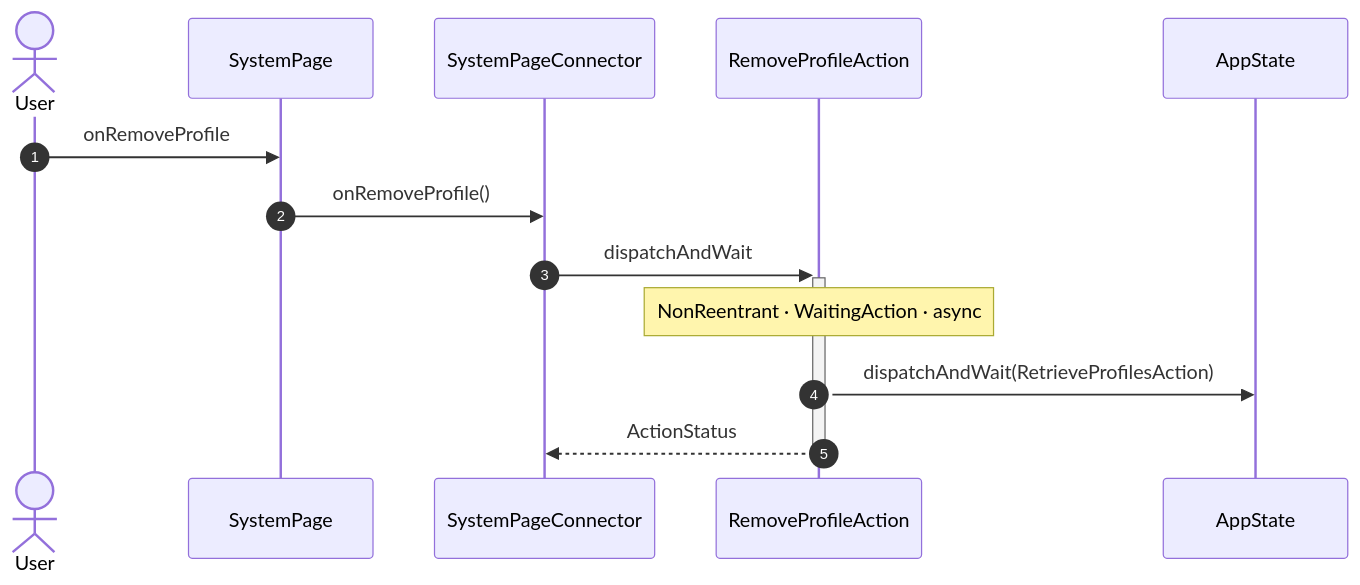
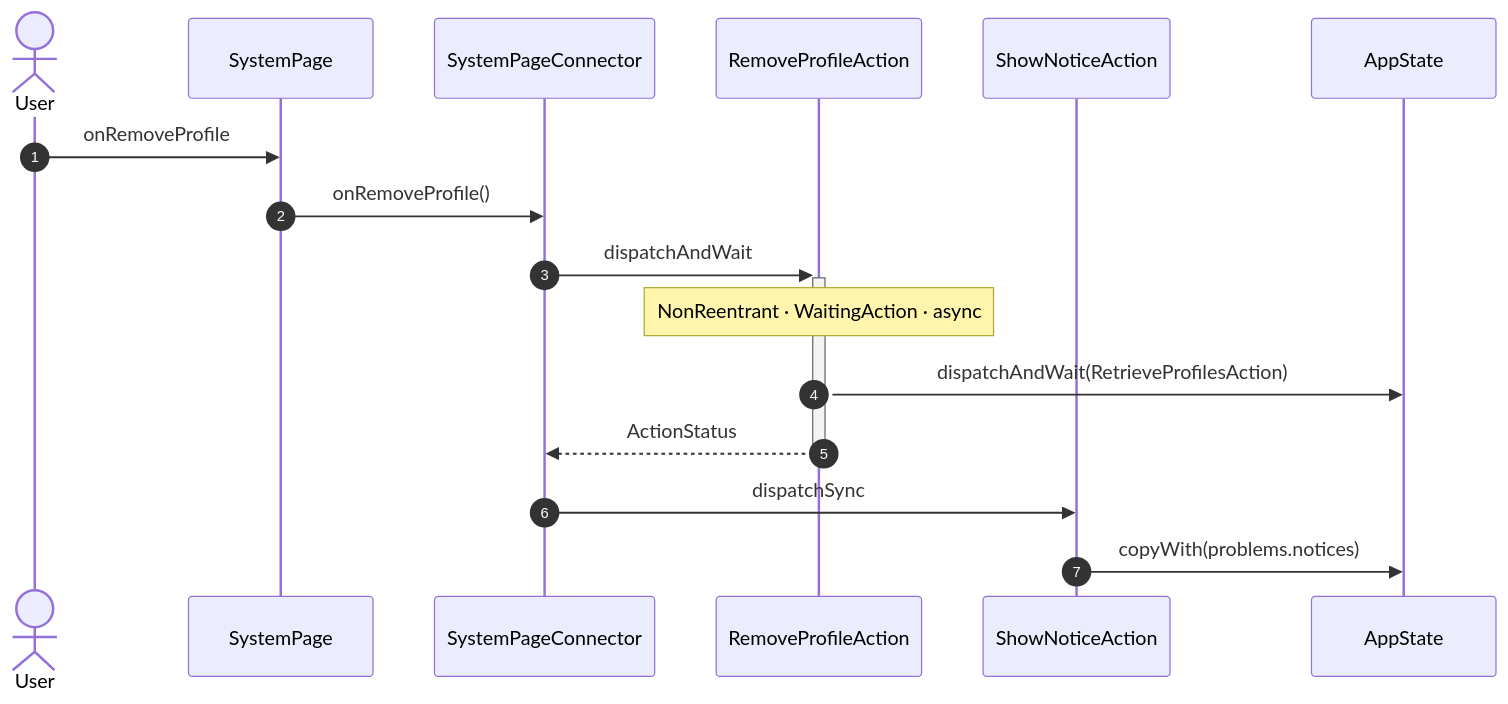
One commit to gencto/wyrm changed diagram 17 of 22 in studio/docs/flows/system.md. Above: the diagram before and after it, drawn with Mermaid. The commit also changed other lines of this file and 192 other files, not shown here.

````diff
--- a/studio/docs/flows/system.md
+++ b/studio/docs/flows/system.md
@@ -316,16 +371,19 @@
 ```mermaid
 sequenceDiagram
     autonumber
     actor User
     participant UI as SystemPage
     participant VM as SystemPageConnector
     participant A1 as RemoveProfileAction
+    participant A2 as ShowNoticeAction
     participant ST as AppState
 
     User->>UI: onRemoveProfile
     UI->>VM: onRemoveProfile()
     VM->>+A1: dispatchAndWait
     Note over A1: NonReentrant · WaitingAction · async
     A1->>ST: dispatchAndWait(RetrieveProfilesAction)
     A1-->>-VM: ActionStatus
+    VM->>A2: dispatchSync
+    A2->>ST: copyWith(problems.notices)
 ```
````
